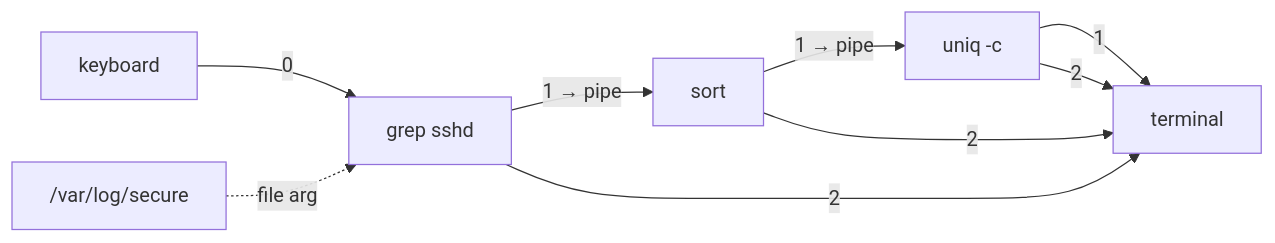
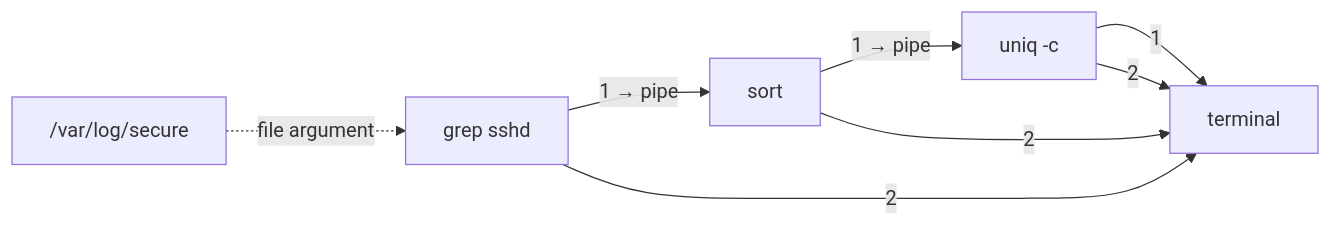
One commit to ssimpson89/LinuxTrainingCourse changed the seventh of 8 diagrams in content/02-shell-and-filesystem.md. Above: the diagram before and after it, drawn with Mermaid. The commit also changed other lines of this file and 3 other files, not shown here.

````diff
--- a/content/02-shell-and-filesystem.md
+++ b/content/02-shell-and-filesystem.md
@@ -411,11 +416,10 @@
 ```mermaid
 flowchart LR
-    K["keyboard"] -- "0" --> A["grep sshd"]
-    F["/var/log/secure"] -. "file arg" .-> A
+    F["/var/log/secure"] -. "file argument" .-> A["grep sshd"]
     A -- "1 → pipe" --> B["sort"]
     B -- "1 → pipe" --> C["uniq -c"]
     C -- "1" --> T["terminal"]
     A -- "2" --> T
     B -- "2" --> T
     C -- "2" --> T
 ```
````
